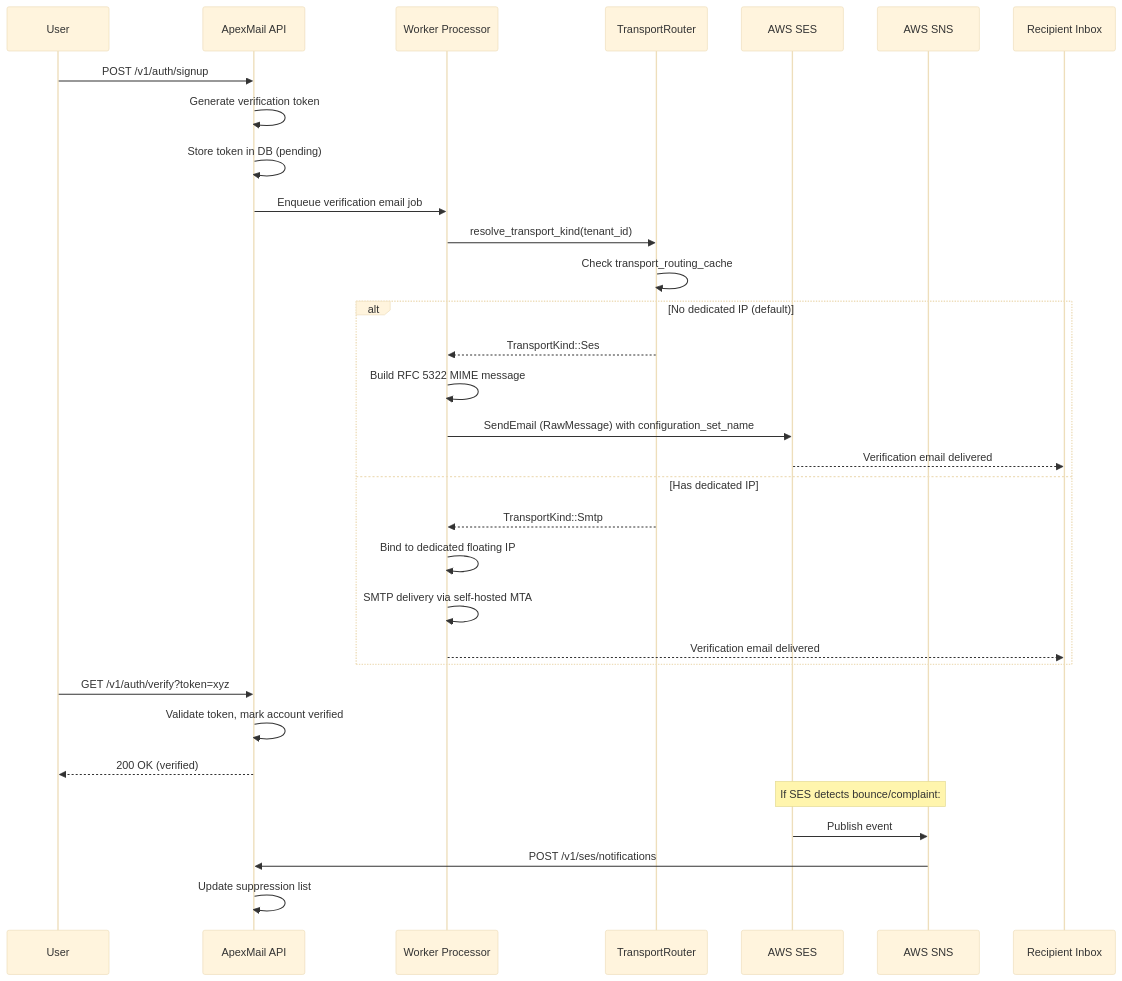
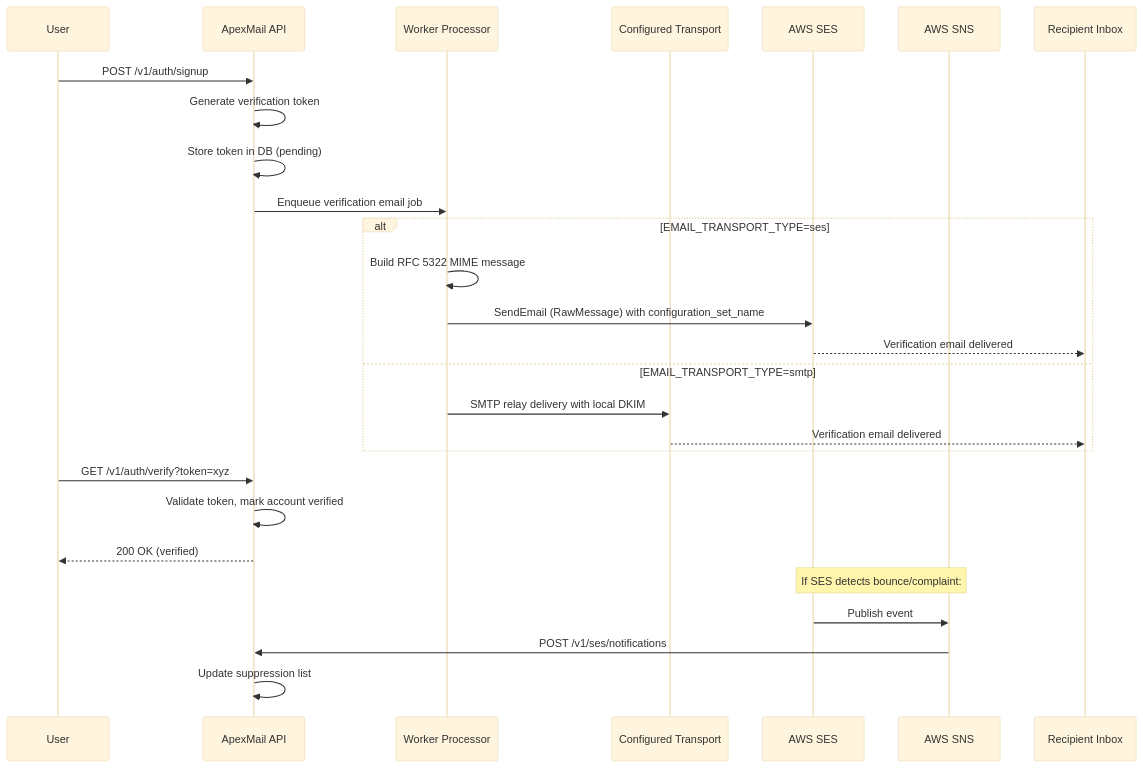
One commit to sbelakho2/ApexMail changed the third of 3 diagrams in docs/deployment/PRODUCTION_SETUP.md. Above: the diagram before and after it, drawn with Mermaid (base theme). The commit also changed other lines of this file and 251 other files, not shown here.

````diff
--- a/docs/deployment/PRODUCTION_SETUP.md
+++ b/docs/deployment/PRODUCTION_SETUP.md
@@ -529,36 +535,31 @@
 ```mermaid
 sequenceDiagram
     participant User
     participant API as ApexMail API
     participant Worker as Worker Processor
-    participant Router as TransportRouter
+    participant Transport as Configured Transport
     participant SES as AWS SES
     participant SNS as AWS SNS
     participant Recipient as Recipient Inbox
 
     User->>API: POST /v1/auth/signup
     API->>API: Generate verification token
     API->>API: Store token in DB (pending)
     API->>Worker: Enqueue verification email job
-    Worker->>Router: resolve_transport_kind(tenant_id)
-    Router->>Router: Check transport_routing_cache
-    alt No dedicated IP (default)
-        Router-->>Worker: TransportKind::Ses
+    alt EMAIL_TRANSPORT_TYPE=ses
         Worker->>Worker: Build RFC 5322 MIME message
         Worker->>SES: SendEmail (RawMessage) with configuration_set_name
         SES-->>Recipient: Verification email delivered
-    else Has dedicated IP
-        Router-->>Worker: TransportKind::Smtp
-        Worker->>Worker: Bind to dedicated floating IP
-        Worker->>Worker: SMTP delivery via self-hosted MTA
-        Worker-->>Recipient: Verification email delivered
+    else EMAIL_TRANSPORT_TYPE=smtp
+      Worker->>Transport: SMTP relay delivery with local DKIM
+      Transport-->>Recipient: Verification email delivered
     end
     User->>API: GET /v1/auth/verify?token=xyz
     API->>API: Validate token, mark account verified
     API-->>User: 200 OK (verified)
 
     Note over SES,SNS: If SES detects bounce/complaint:
     SES->>SNS: Publish event
     SNS->>API: POST /v1/ses/notifications
     API->>API: Update suppression list
 ```
````
